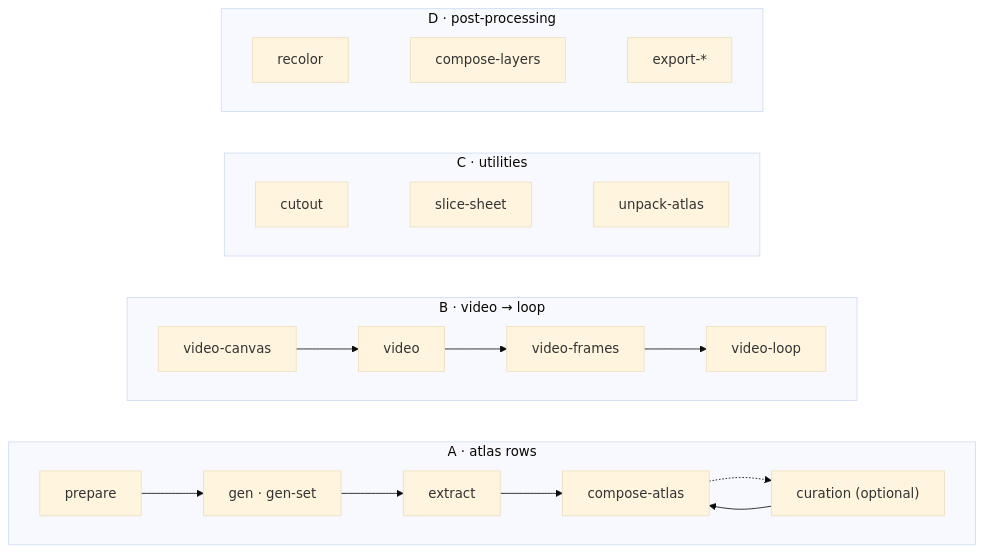
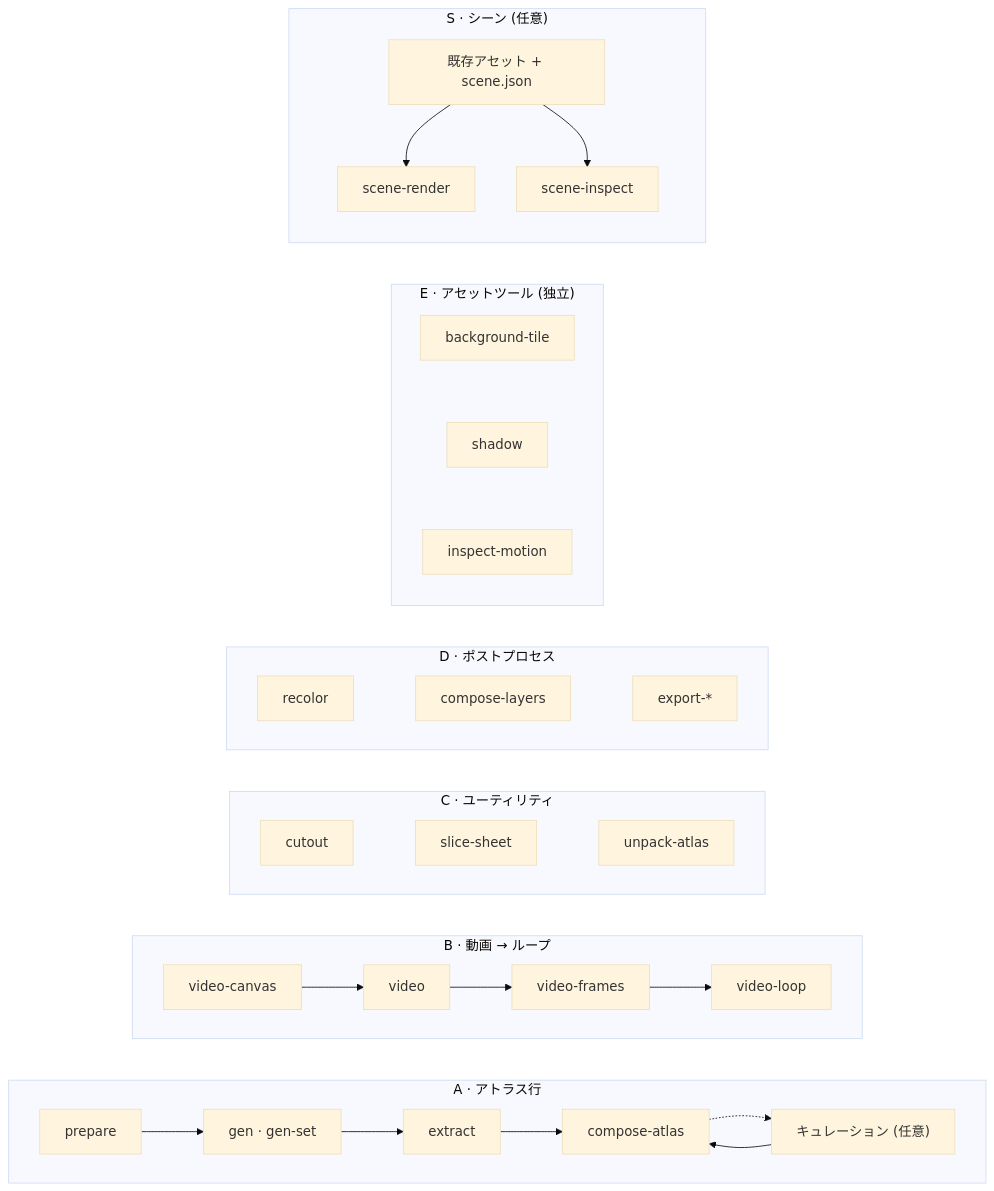
The diagram in mirrors/repos/aldegad@sprite-gen/README.ja.md (gabrielmoreira/agent-skills-mirror), drawn with Mermaid (base theme) before and after one commit. The commit also changed other lines of this file and 5722 other files, not shown here.

````diff
--- a/mirrors/repos/aldegad@sprite-gen/README.ja.md
+++ b/mirrors/repos/aldegad@sprite-gen/README.ja.md
@@ -32,21 +37,28 @@
 ```mermaid
 flowchart LR
-    subgraph A["A · atlas rows"]
+    subgraph A["A · アトラス行"]
         direction LR
         a1[prepare] --> a2["gen · gen-set"] --> a3[extract] --> a5[compose-atlas]
-        a5 -.-> a4["curation (optional)"]
+        a5 -.-> a4["キュレーション (任意)"]
         a4 --> a5
     end
-    subgraph B["B · video → loop"]
+    subgraph B["B · 動画 → ループ"]
         direction LR
         b1[video-canvas] --> b2[video] --> b3[video-frames] --> b4[video-loop]
     end
-    subgraph C["C · utilities"]
+    subgraph C["C · ユーティリティ"]
         direction LR
         c1[cutout] ~~~ c2[slice-sheet] ~~~ c3[unpack-atlas]
     end
-    subgraph D["D · post-processing"]
+    subgraph D["D · ポストプロセス"]
         direction LR
         d1[recolor] ~~~ d2[compose-layers] ~~~ d3[export-*]
     end
+    subgraph E["E · アセットツール (独立)"]
+        e1[background-tile] ~~~ e2[shadow] ~~~ e3[inspect-motion]
+    end
+    subgraph S["S · シーン (任意)"]
+        s1["既存アセット + scene.json"] --> s2[scene-render]
+        s1 --> s3[scene-inspect]
+    end
 ```
````
